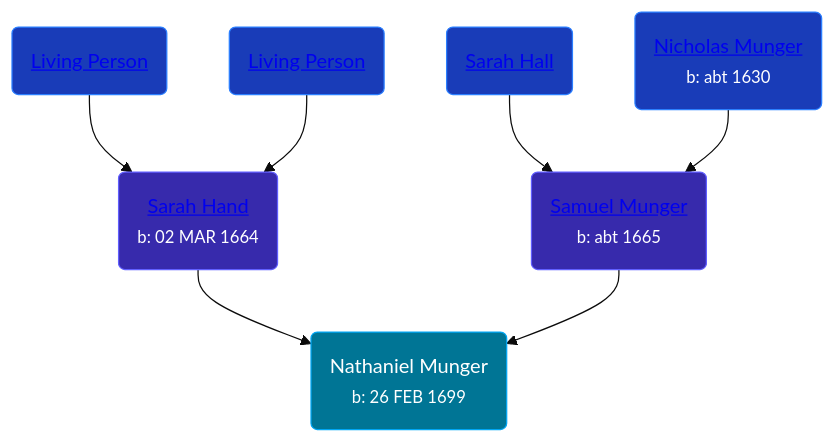
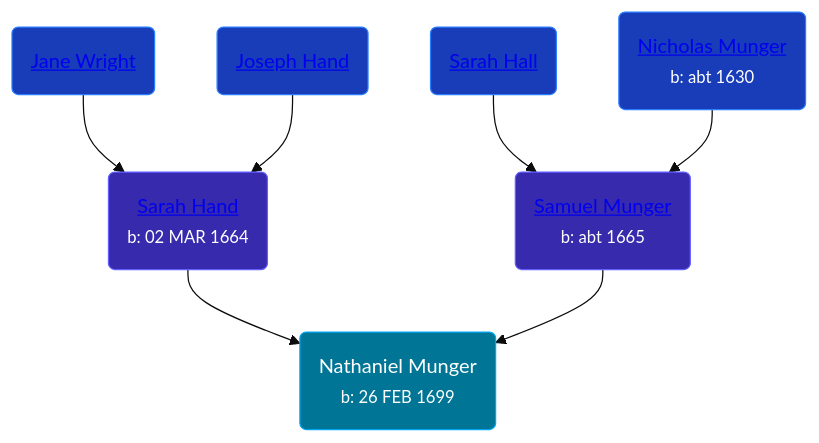
One commit to wpmgotkh/wpmgotkh.github.io changed the diagram in pages/people/9/90245281.md. Above: the diagram before and after it, drawn with Mermaid (base theme). The commit also changed 586 other files, not shown here.

Commit message:
feat: better shouldConsiderPersonLiving algo

````diff
--- a/pages/people/9/90245281.md
+++ b/pages/people/9/90245281.md
@@ -10,13 +10,13 @@
 ```mermaid
 graph
 classDef grands fill:#193cb8,stroke:#2b7fff,stroke-width:1px,color:#fff;
 classDef parents fill:#372aac,stroke:#615fff,stroke-width:1px,color:#fff;
 classDef primary fill:#007595,stroke:#00a6f4,stroke-width:1px,color:#fff;
 90245281(Nathaniel Munger<br /><small>b: 26 FEB 1699</small>):::primary
 75255100(<a class="text-white" href="/people/7/75255100">Sarah Hand</a><br /><small>b: 02 MAR 1664</small>):::parents-->90245281
-25627400(<a class="text-white" href="/people/2/25627400">Living Person</a>):::grands-->75255100
-92413984(<a class="text-white" href="/people/9/92413984">Living Person</a>):::grands-->75255100
+25627400(<a class="text-white" href="/people/2/25627400">Jane Wright</a>):::grands-->75255100
+92413984(<a class="text-white" href="/people/9/92413984">Joseph Hand</a>):::grands-->75255100
 57362828(<a class="text-white" href="/people/5/57362828">Samuel Munger</a><br /><small>b: abt 1665</small>):::parents-->90245281
 42804920(<a class="text-white" href="/people/4/42804920">Sarah Hall</a>):::grands-->57362828
 40603656(<a class="text-white" href="/people/4/40603656">Nicholas Munger</a><br /><small>b: abt 1630</small>):::grands-->57362828
 ```
````
